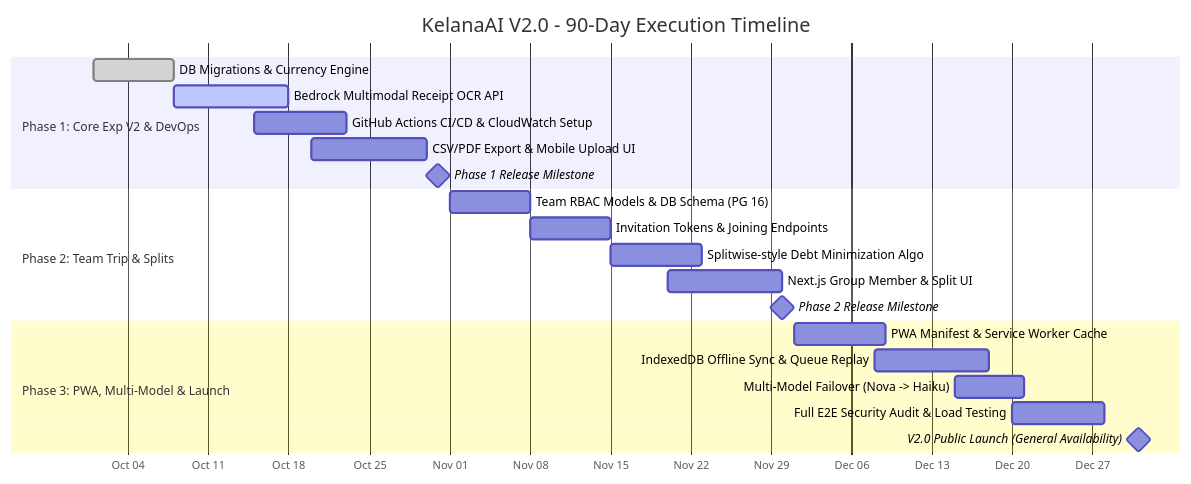
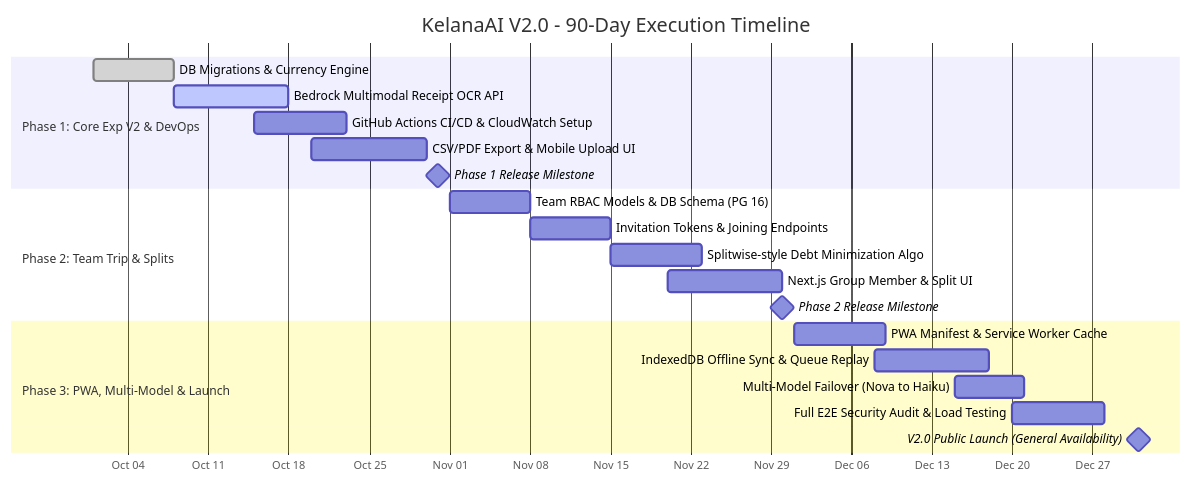
The second of 2 diagrams in docs/v2-roadmap.md (azkaihsan/kelana-ai), drawn with Mermaid before and after one commit. The commit also changed other lines of this file and 1 other file, not shown here.

Commit message:
Fix Mermaid diagram syntax in architecture and roadmap docs

````diff
--- a/docs/v2-roadmap.md
+++ b/docs/v2-roadmap.md
@@ -237,27 +237,27 @@
 ```mermaid
 gantt
     title KelanaAI V2.0 - 90-Day Execution Timeline
     dateFormat  YYYY-MM-DD
     axisFormat  %b %d
 
     section Phase 1: Core Exp V2 & DevOps
     DB Migrations & Currency Engine        :done, p1_1, 2026-10-01, 7d
     Bedrock Multimodal Receipt OCR API     :active, p1_2, 2026-10-08, 10d
     GitHub Actions CI/CD & CloudWatch Setup:p1_3, 2026-10-15, 8d
     CSV/PDF Export & Mobile Upload UI      :p1_4, 2026-10-20, 10d
     Phase 1 Release Milestone              :milestone, m1, 2026-10-31, 0d
 
     section Phase 2: Team Trip & Splits
     Team RBAC Models & DB Schema (PG 16)   :p2_1, 2026-11-01, 7d
     Invitation Tokens & Joining Endpoints  :p2_2, 2026-11-08, 7d
     Splitwise-style Debt Minimization Algo :p2_3, 2026-11-15, 8d
     Next.js Group Member & Split UI        :p2_4, 2026-11-20, 10d
     Phase 2 Release Milestone              :milestone, m2, 2026-11-30, 0d
 
     section Phase 3: PWA, Multi-Model & Launch
     PWA Manifest & Service Worker Cache    :p3_1, 2026-12-01, 8d
     IndexedDB Offline Sync & Queue Replay  :p3_2, 2026-12-08, 10d
-    Multi-Model Failover (Nova -> Haiku)   :p3_3, 2026-12-15, 6d
+    Multi-Model Failover (Nova to Haiku)   :p3_3, 2026-12-15, 6d
     Full E2E Security Audit & Load Testing :p3_4, 2026-12-20, 8d
     V2.0 Public Launch (General Availability):milestone, m3, 2026-12-31, 0d
 ```
````
